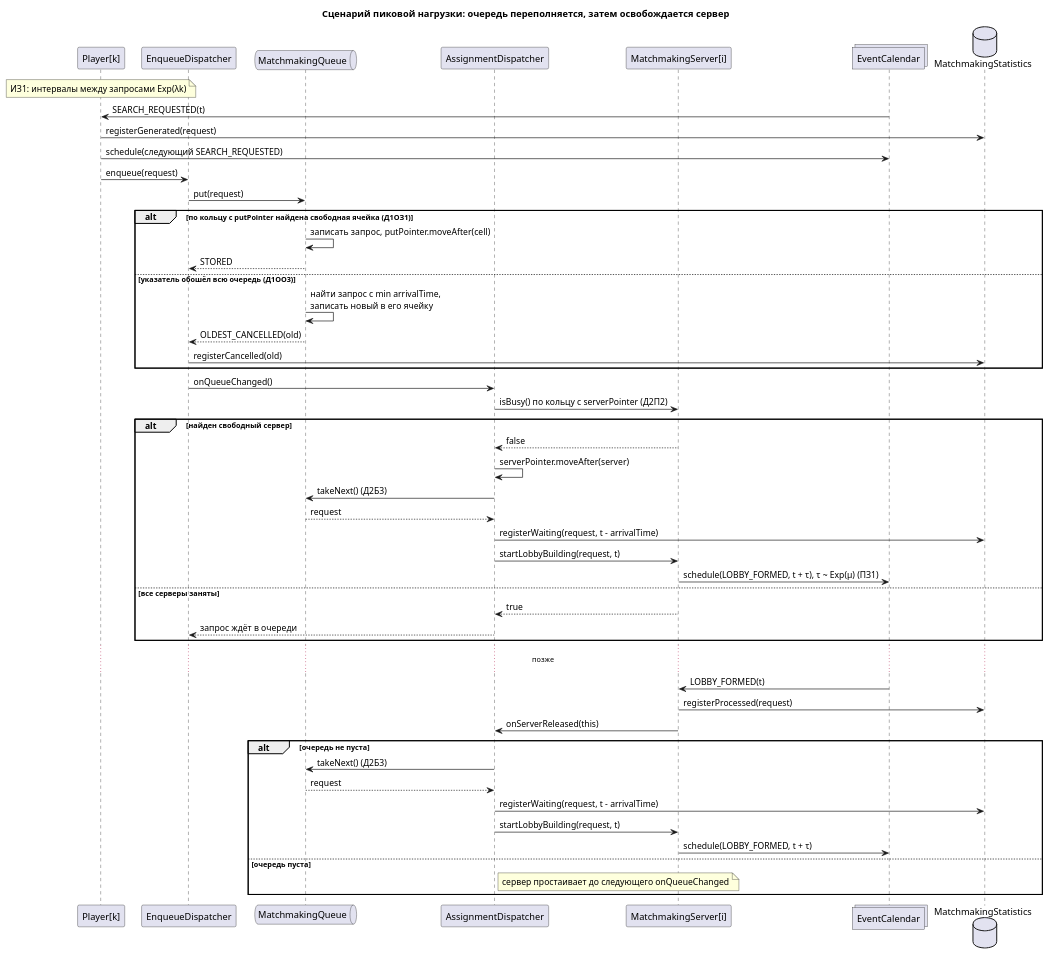
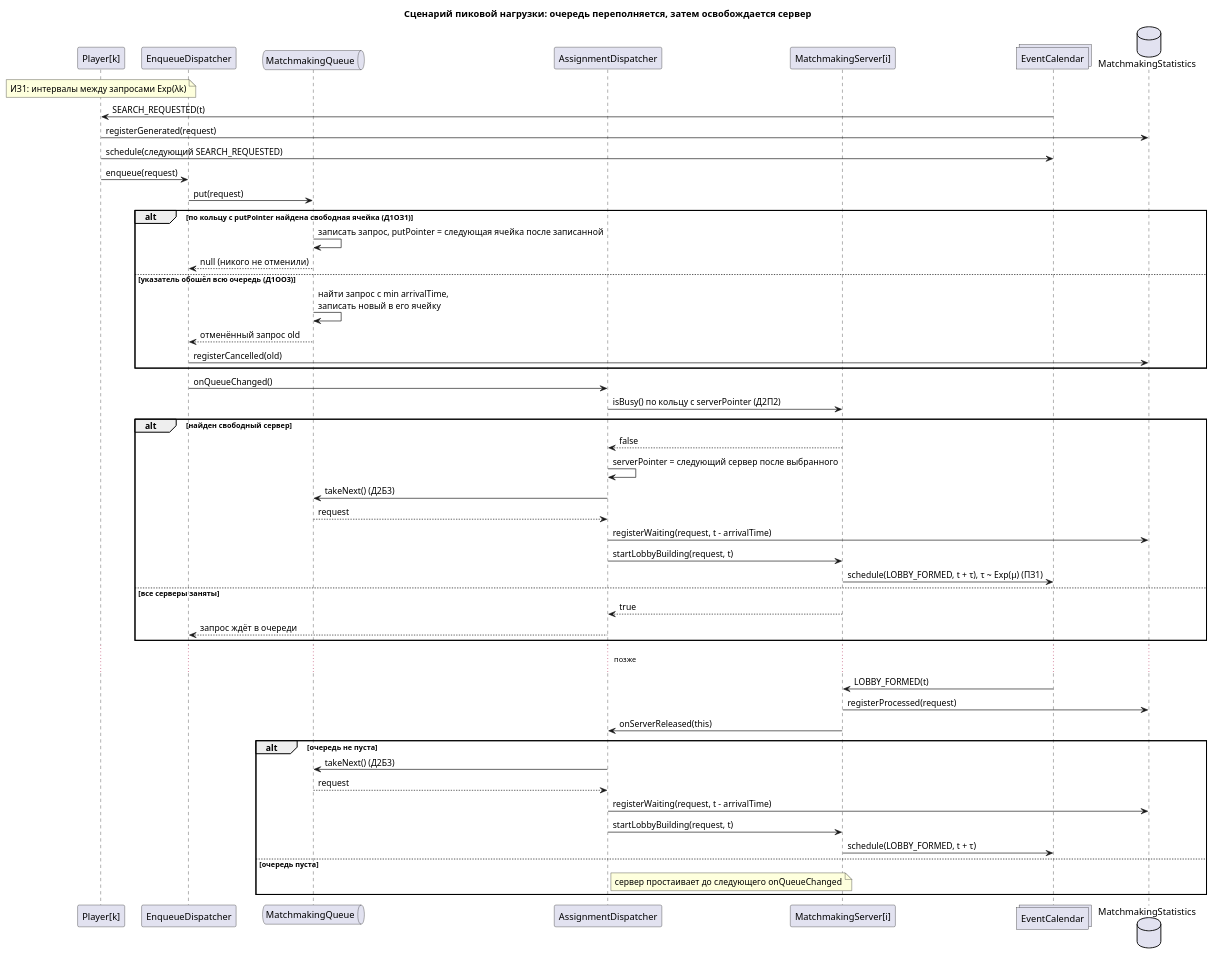
The diagram in artifacts/peak-load-scenario.puml (Exam-Play/smo-faceit-matchmaking), drawn with PlantUML before and after one commit. The commit also changed 6 other files, not shown here.

```diff
--- a/artifacts/peak-load-scenario.puml
+++ b/artifacts/peak-load-scenario.puml
@@ -1,57 +1,57 @@
 @startuml
 title Сценарий пиковой нагрузки: очередь переполняется, затем освобождается сервер
 skinparam sequenceMessageAlign left
 
 participant "Player[k]" as Pl
 participant "EnqueueDispatcher" as ED
 queue "MatchmakingQueue" as Q
 participant "AssignmentDispatcher" as AD
 participant "MatchmakingServer[i]" as Srv
 collections "EventCalendar" as Cal
 database "MatchmakingStatistics" as St
 
 note over Pl: ИЗ1: интервалы между запросами Exp(λk)
 
 Cal -> Pl: SEARCH_REQUESTED(t)
 Pl -> St: registerGenerated(request)
 Pl -> Cal: schedule(следующий SEARCH_REQUESTED)
 Pl -> ED: enqueue(request)
 ED -> Q: put(request)
 alt по кольцу с putPointer найдена свободная ячейка (Д1ОЗ1)
-  Q -> Q: записать запрос, putPointer.moveAfter(cell)
-  Q --> ED: STORED
+  Q -> Q: записать запрос, putPointer = следующая ячейка после записанной
+  Q --> ED: null (никого не отменили)
 else указатель обошёл всю очередь (Д1ОО3)
   Q -> Q: найти запрос с min arrivalTime,\nзаписать новый в его ячейку
-  Q --> ED: OLDEST_CANCELLED(old)
+  Q --> ED: отменённый запрос old
   ED -> St: registerCancelled(old)
 end
 ED -> AD: onQueueChanged()
 AD -> Srv: isBusy() по кольцу с serverPointer (Д2П2)
 alt найден свободный сервер
   Srv --> AD: false
-  AD -> AD: serverPointer.moveAfter(server)
+  AD -> AD: serverPointer = следующий сервер после выбранного
   AD -> Q: takeNext() (Д2Б3)
   Q --> AD: request
   AD -> St: registerWaiting(request, t - arrivalTime)
   AD -> Srv: startLobbyBuilding(request, t)
   Srv -> Cal: schedule(LOBBY_FORMED, t + τ), τ ~ Exp(μ) (ПЗ1)
 else все серверы заняты
   Srv --> AD: true
   AD --> ED: запрос ждёт в очереди
 end
 
 ... позже ...
 
 Cal -> Srv: LOBBY_FORMED(t)
 Srv -> St: registerProcessed(request)
 Srv -> AD: onServerReleased(this)
 alt очередь не пуста
   AD -> Q: takeNext() (Д2Б3)
   Q --> AD: request
   AD -> St: registerWaiting(request, t - arrivalTime)
   AD -> Srv: startLobbyBuilding(request, t)
   Srv -> Cal: schedule(LOBBY_FORMED, t + τ)
 else очередь пуста
   note right of AD: сервер простаивает до следующего onQueueChanged
 end
 @enduml
```
